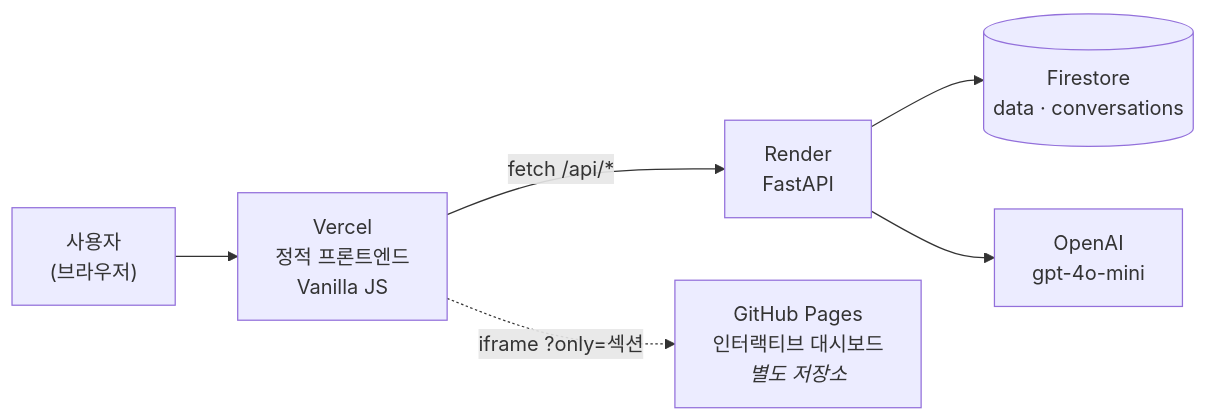
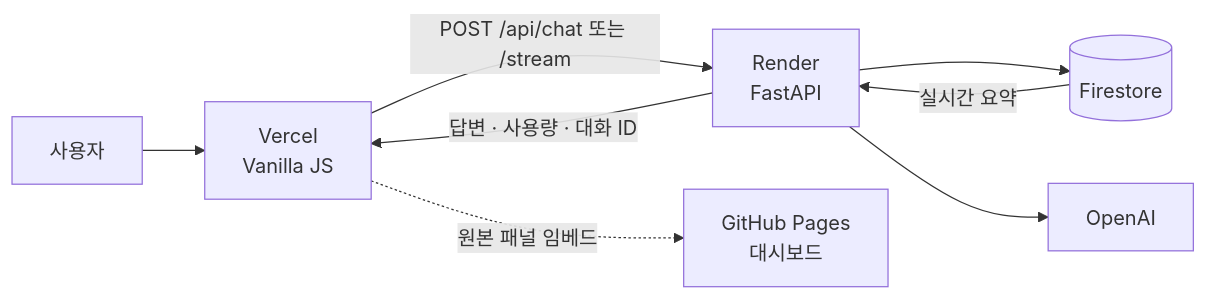
One commit to Frost0313z/my-data-assistant changed the diagram in README.md. Above: the diagram before and after it, drawn with Mermaid. The commit also changed other lines of this file and 9 other files, not shown here.

````diff
--- a/README.md
+++ b/README.md
@@ -51,15 +64,11 @@
 ```mermaid
-graph LR
-    U["사용자<br/>(브라우저)"]
-    V["Vercel<br/>정적 프론트엔드<br/>Vanilla JS"]
-    R["Render<br/>FastAPI"]
-    FS[("Firestore<br/>data · conversations")]
-    AI["OpenAI<br/>gpt-4o-mini"]
-    GP["GitHub Pages<br/>인터랙티브 대시보드<br/><i>별도 저장소</i>"]
+flowchart LR
+    U[사용자] --> F["Vercel<br/>Vanilla JS"]
+    F -->|"POST /api/chat 또는 /stream"| B["Render<br/>FastAPI"]
+    F -.->|"원본 패널 임베드"| D["GitHub Pages<br/>대시보드"]
+    B --> S[(Firestore)]
+    B --> O[OpenAI]
 
-    U --> V
-    V -->|"fetch /api/*"| R
-    V -.->|"iframe ?only=섹션"| GP
-    R --> FS
-    R --> AI
+    S -->|"실시간 요약"| B
+    B -->|"답변 · 사용량 · 대화 ID"| F
 ```
````
